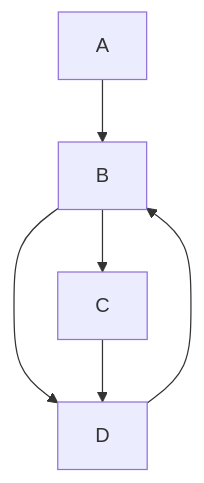
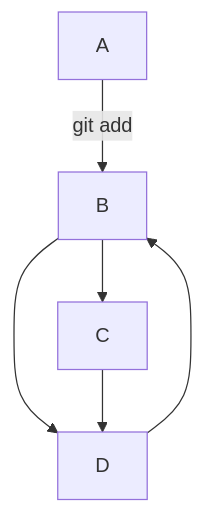
One commit to SergeyL1973/testprogect changed the diagram in readme.md. Above: the diagram before and after it, drawn with Mermaid.

Commit message:
Исправлена диаграма ЖЦ файла в git - добавлены надписи к стрелкам

````diff
--- a/readme.md
+++ b/readme.md
@@ -75,8 +75,8 @@
 ```mermaid 
 flowchart TD;
- A-->B;
+ A--git add-->B;
  B-->C;
  B-->D;
  C-->D;
  D-->B; 
 ```
````
